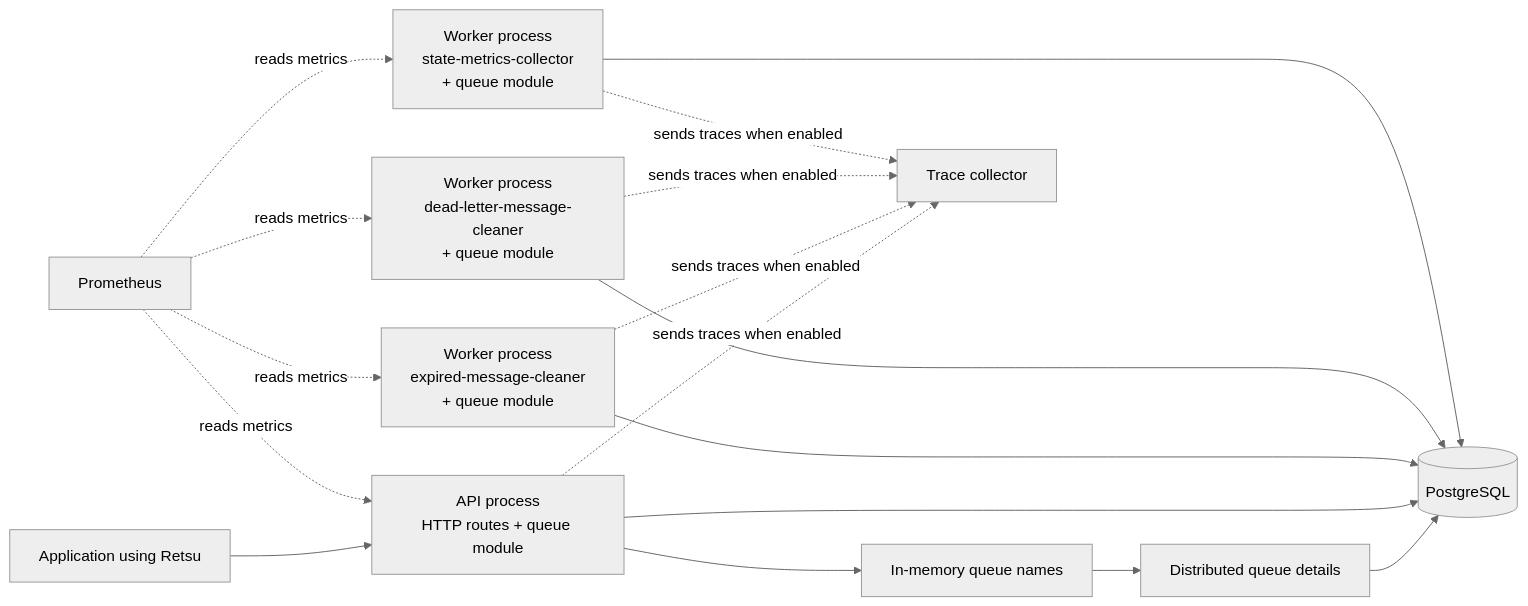
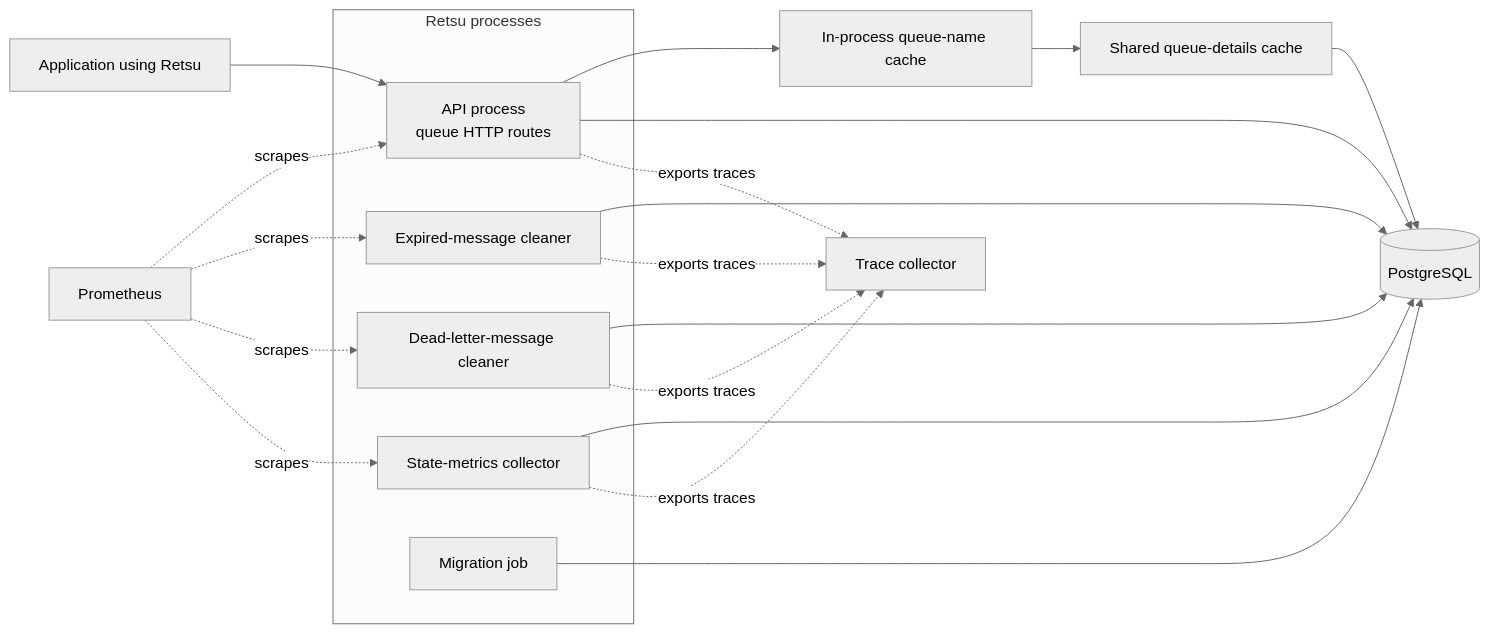
Before and after one commit to karanbalani/retsu: the first of 2 diagrams in docs/architecture.md, drawn with Mermaid (neutral theme). The commit also changed other lines of this file and 2 other files, not shown here.

Commit message:
docs: refresh architecture guides

````diff
--- a/docs/architecture.md
+++ b/docs/architecture.md
@@ -9,19 +9,31 @@
 ```mermaid
 flowchart LR
-    Client["Application using Retsu"] --> API["API process<br/>HTTP routes + queue module"]
-    API --> Memory["In-memory queue names"]
-    Memory --> Distributed["Distributed queue details"]
-    Distributed --> Database[("PostgreSQL")]
+    Client["Application using Retsu"] --> API["API process<br/>queue HTTP routes"]
+
+    subgraph Retsu["Retsu processes"]
+        API
+        Expired["Expired-message cleaner"]
+        DeadLetter["Dead-letter-message cleaner"]
+        State["State-metrics collector"]
+        Migrate["Migration job"]
+    end
+
+    API --> Local["In-process queue-name cache"]
+    Local --> Shared["Shared queue-details cache"]
+    Shared --> Database[("PostgreSQL")]
     API --> Database
-    Cleaner["Worker process<br/>expired-message-cleaner<br/>+ queue module"] --> Database
-    DeadLetter["Worker process<br/>dead-letter-message-cleaner<br/>+ queue module"] --> Database
-    State["Worker process<br/>state-metrics-collector<br/>+ queue module"] --> Database
-    Prometheus["Prometheus"] -. "reads metrics" .-> API
-    Prometheus -. "reads metrics" .-> Cleaner
-    Prometheus -. "reads metrics" .-> DeadLetter
-    Prometheus -. "reads metrics" .-> State
-    API -. "sends traces when enabled" .-> Collector["Trace collector"]
-    Cleaner -. "sends traces when enabled" .-> Collector
-    DeadLetter -. "sends traces when enabled" .-> Collector
-    State -. "sends traces when enabled" .-> Collector
+    Expired --> Database
+    DeadLetter --> Database
+    State --> Database
+    Migrate --> Database
+
+    Prometheus["Prometheus"] -. "scrapes" .-> API
+    Prometheus -. "scrapes" .-> Expired
+    Prometheus -. "scrapes" .-> DeadLetter
+    Prometheus -. "scrapes" .-> State
+
+    API -. "exports traces" .-> Collector["Trace collector"]
+    Expired -. "exports traces" .-> Collector
+    DeadLetter -. "exports traces" .-> Collector
+    State -. "exports traces" .-> Collector
 ```
````
